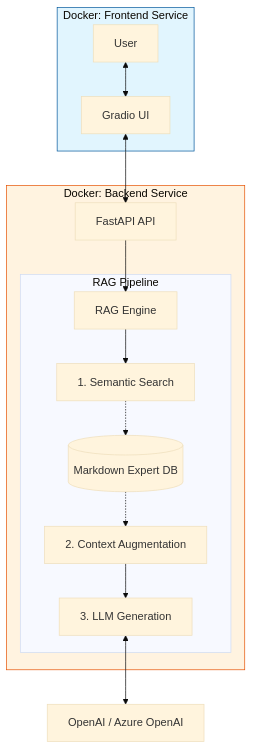
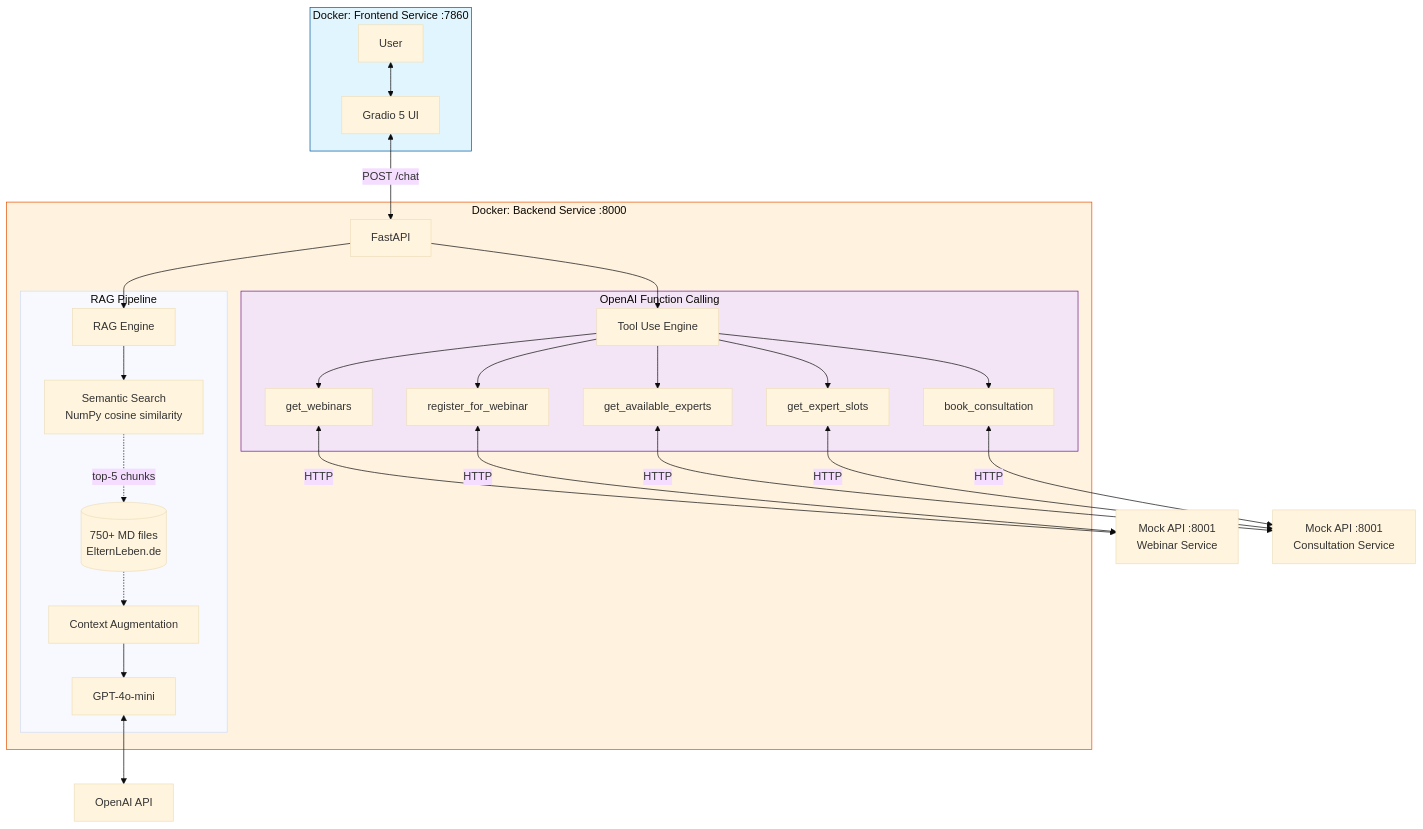
The diagram in README.md (jeannineshiu/ai-parenting-chatbot), drawn with Mermaid (base theme) before and after one commit. The commit also changed other lines of this file, not shown here.

````diff
--- a/README.md
+++ b/README.md
@@ -34,23 +47,35 @@
 ```mermaid
 flowchart TD
-    subgraph Frontend [Docker: Frontend Service]
-    A[User] <--> B[Gradio UI]
+    subgraph Frontend [Docker: Frontend Service :7860]
+        A[User] <--> B[Gradio 5 UI]
     end
 
-    subgraph Backend [Docker: Backend Service]
-    B <--> C[FastAPI API]
-    C --> D[RAG Engine]
-    
-    subgraph RAG_Pipeline [RAG Pipeline]
-    D --> E[1. Semantic Search]
-    E -.-> F[(Markdown Expert DB)]
-    F -.-> G[2. Context Augmentation]
-    G --> H[3. LLM Generation]
-    end
+    subgraph Backend [Docker: Backend Service :8000]
+        B <-->|POST /chat| C[FastAPI]
+        C --> D[RAG Engine]
+
+        subgraph RAG [RAG Pipeline]
+            D --> E[Semantic Search\nNumPy cosine similarity]
+            E -.->|top-5 chunks| F[(750+ MD files\nElternLeben.de)]
+            F -.-> G[Context Augmentation]
+            G --> H[GPT-4o-mini]
+        end
+
+        C --> I[Tool Use Engine]
+        subgraph Tools [OpenAI Function Calling]
+            I --> J[get_webinars]
+            I --> K[register_for_webinar]
+            I --> L[get_available_experts]
+            I --> M[get_expert_slots]
+            I --> N[book_consultation]
+        end
     end
 
-    H <--> I[OpenAI / Azure OpenAI]
+    H <--> O[OpenAI API]
+    J & K <-->|HTTP| P[Mock API :8001\nWebinar Service]
+    L & M & N <-->|HTTP| Q[Mock API :8001\nConsultation Service]
 
     style Frontend fill:#e1f5fe,stroke:#01579b
     style Backend fill:#fff3e0,stroke:#e65100
+    style Tools fill:#f3e5f5,stroke:#6a1b9a
 ```
````
